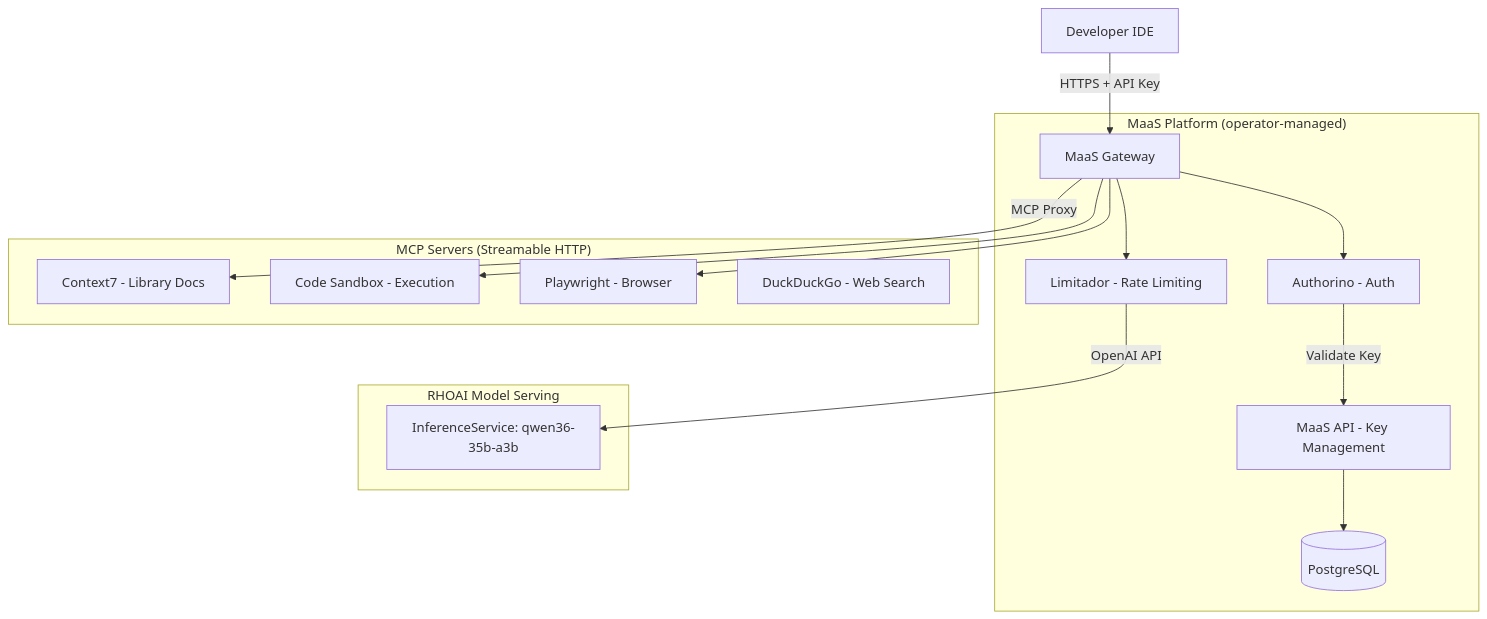
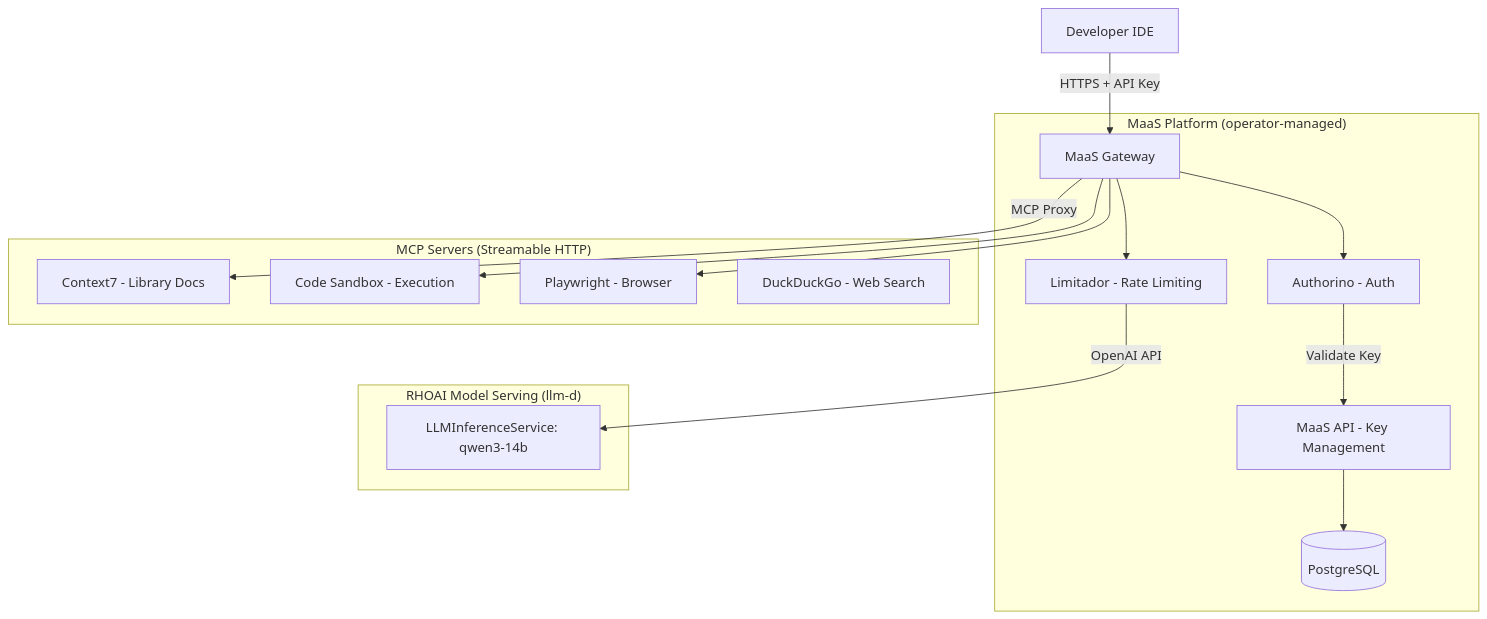
Before and after one commit to hyogrin/rhoai-coding-assistant-lab: the third of 3 diagrams in 2_ai_gateway/1_maas_overview.md, drawn with Mermaid. The commit also changed other lines of this file and 9 other files, not shown here.

````diff
--- a/2_ai_gateway/1_maas_overview.md
+++ b/2_ai_gateway/1_maas_overview.md
@@ -47,31 +47,31 @@
 ```mermaid
 flowchart TB
     subgraph "MaaS Platform (operator-managed)"
         Gateway[MaaS Gateway]
         Authorino[Authorino - Auth]
         Limitador[Limitador - Rate Limiting]
         MaaSAPI[MaaS API - Key Management]
         PG[(PostgreSQL)]
         MaaSAPI --> PG
     end
 
-    subgraph "RHOAI Model Serving"
-        IS1[InferenceService: qwen36-35b-a3b]
+    subgraph "RHOAI Model Serving (llm-d)"
+        IS1[LLMInferenceService: qwen3-14b]
     end
 
     subgraph "MCP Servers (Streamable HTTP)"
         MCP1[Context7 - Library Docs]
         MCP2[Code Sandbox - Execution]
         MCP3[Playwright - Browser]
         MCP4[DuckDuckGo - Web Search]
     end
 
     IDE[Developer IDE] -->|HTTPS + API Key| Gateway
     Gateway --> Authorino
     Authorino -->|Validate Key| MaaSAPI
     Gateway --> Limitador
     Limitador -->|OpenAI API| IS1
     Gateway -->|MCP Proxy| MCP1
     Gateway --> MCP2
     Gateway --> MCP3
 ```
````
